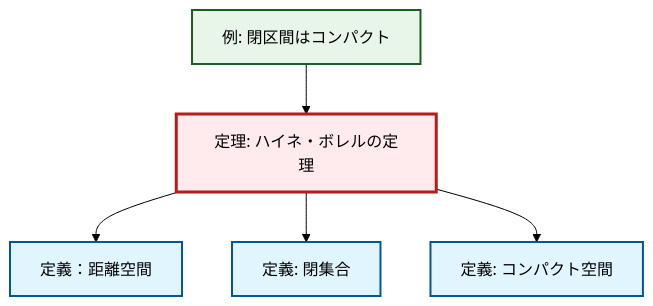
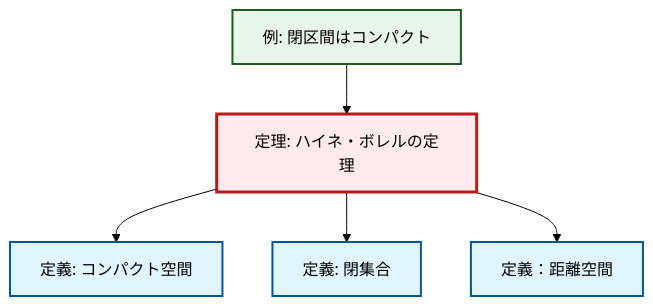
The diagram in content/ja/topology/thm-heine-borel.qmd (RK0429/ModernMath), drawn with Mermaid (forest theme) before and after one commit. The commit also changed other lines of this file and 1012 other files, not shown here.

````diff
--- a/content/ja/topology/thm-heine-borel.qmd
+++ b/content/ja/topology/thm-heine-borel.qmd
@@ -49,23 +49,23 @@
 ```{mermaid}
 %%| fig-cap: "Local dependency graph"
 graph TD
     classDef definition fill:#e1f5fe,stroke:#01579b,stroke-width:2px
     classDef theorem fill:#f3e5f5,stroke:#4a148c,stroke-width:2px
     classDef axiom fill:#fff3e0,stroke:#e65100,stroke-width:2px
     classDef example fill:#e8f5e9,stroke:#1b5e20,stroke-width:2px
     classDef current fill:#ffebee,stroke:#b71c1c,stroke-width:3px
-    ex-closed-interval-compact["例: 閉区間はコンパクト"]:::example
     def-metric-space["定義：距離空間"]:::definition
+    def-compact["定義: コンパクト空間"]:::definition
     def-closed-set["定義: 閉集合"]:::definition
     thm-heine-borel["定理: ハイネ・ボレルの定理"]:::theorem
-    def-compact["定義: コンパクト空間"]:::definition
+    ex-closed-interval-compact["例: 閉区間はコンパクト"]:::example
+    thm-heine-borel --> def-compact
+    thm-heine-borel --> def-closed-set
     thm-heine-borel --> def-metric-space
     ex-closed-interval-compact --> thm-heine-borel
-    thm-heine-borel --> def-closed-set
-    thm-heine-borel --> def-compact
     class thm-heine-borel current
+    click def-metric-space "def-metric-space.html" "定義：距離空間へ"
+    click def-compact "def-compact.html" "コンパクト空間の定義へ"
+    click def-closed-set "def-closed-set.html" "閉集合の定義へ"
     click ex-closed-interval-compact "ex-closed-interval-compact.html" "閉区間はコンパクトの例へ"
-    click def-metric-space "def-metric-space.html" "定義：距離空間へ"
-    click def-closed-set "def-closed-set.html" "閉集合の定義へ"
-    click def-compact "def-compact.html" "コンパクト空間の定義へ"
 ```
````
